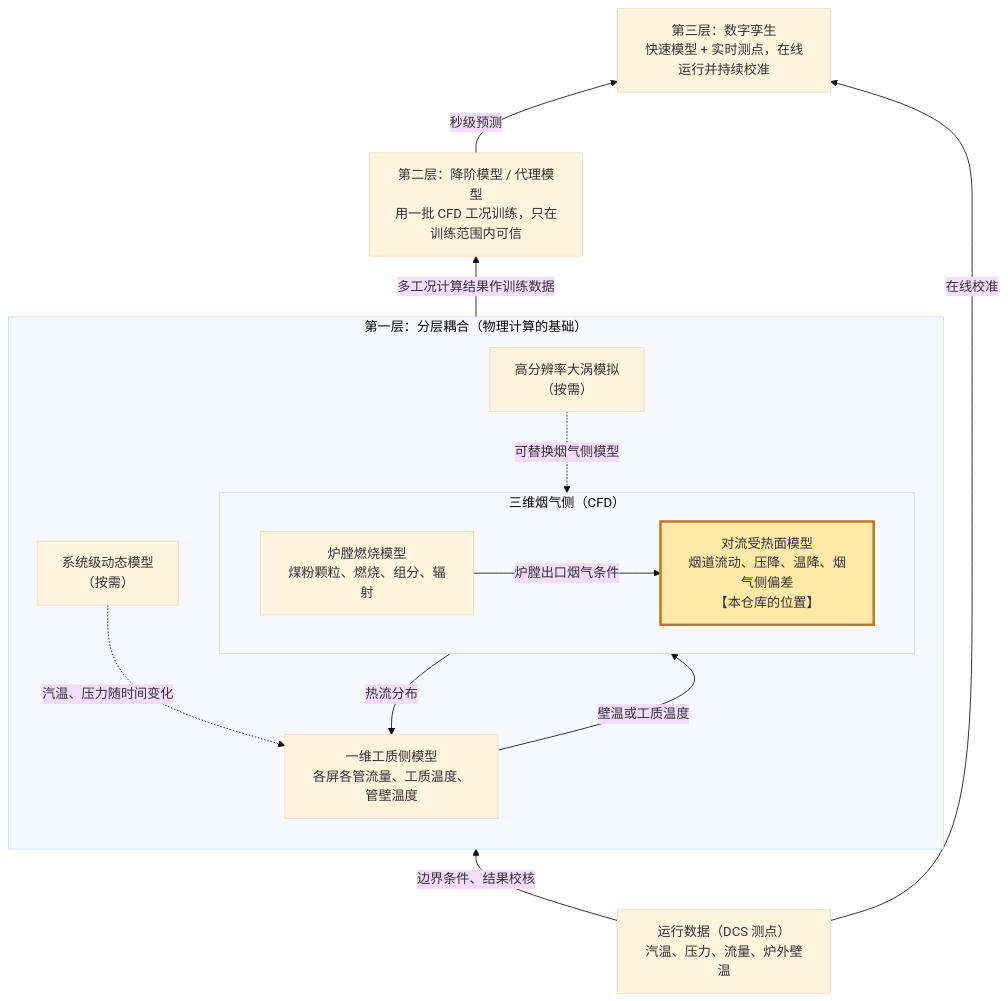
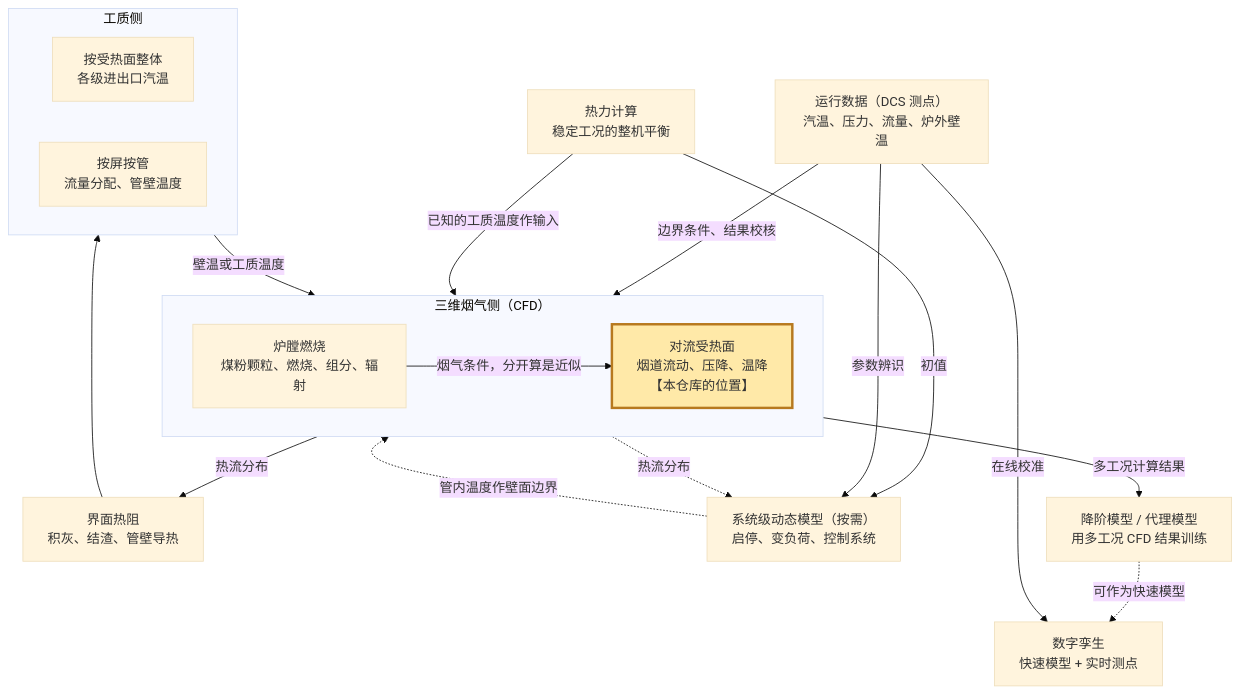
The diagram in docs/仿真架构关系.md (zhangxudun/zxdcfd), drawn with Mermaid (base theme) before and after one commit. The commit also changed other lines of this file and 1 other file, not shown here.

Commit message:
docs: 修订仿真架构关系图，并在工作流程中加链接

````diff
--- a/docs/仿真架构关系.md
+++ b/docs/仿真架构关系.md
@@ -7,26 +7,34 @@
 ```mermaid
-flowchart BT
-    subgraph L1["第一层：分层耦合（物理计算的基础）"]
-        subgraph GAS["三维烟气侧（CFD）"]
-            F["炉膛燃烧模型<br/>煤粉颗粒、燃烧、组分、辐射"]
-            C["对流受热面模型<br/>烟道流动、压降、温降、烟气侧偏差<br/>【本仓库的位置】"]
-            F -->|炉膛出口烟气条件| C
-        end
-        W["一维工质侧模型<br/>各屏各管流量、工质温度、管壁温度"]
-        LES["高分辨率大涡模拟<br/>（按需）"]
-        SYS["系统级动态模型<br/>（按需）"]
-        GAS -->|热流分布| W
-        W -->|壁温或工质温度| GAS
-        LES -.->|可替换烟气侧模型| GAS
-        SYS -.->|汽温、压力随时间变化| W
+flowchart TB
+    D["运行数据（DCS 测点）<br/>汽温、压力、流量、炉外壁温"]
+    TH["热力计算<br/>稳定工况的整机平衡"]
+    subgraph GAS["三维烟气侧（CFD）"]
+        F["炉膛燃烧<br/>煤粉颗粒、燃烧、组分、辐射"]
+        C["对流受热面<br/>烟道流动、压降、温降<br/>【本仓库的位置】"]
+        F -->|烟气条件，分开算是近似| C
     end
-    L2["第二层：降阶模型 / 代理模型<br/>用一批 CFD 工况训练，只在训练范围内可信"]
-    L3["第三层：数字孪生<br/>快速模型 + 实时测点，在线运行并持续校准"]
-    D["运行数据（DCS 测点）<br/>汽温、压力、流量、炉外壁温"]
-    L1 -->|多工况计算结果作训练数据| L2
-    L2 -->|秒级预测| L3
-    D -->|边界条件、结果校核| L1
-    D -->|在线校准| L3
+    R["界面热阻<br/>积灰、结渣、管壁导热"]
+    subgraph WS["工质侧"]
+        W1["按受热面整体<br/>各级进出口汽温"]
+        W2["按屏按管<br/>流量分配、管壁温度"]
+    end
+    SYS["系统级动态模型（按需）<br/>启停、变负荷、控制系统"]
+    SUR["降阶模型 / 代理模型<br/>用多工况 CFD 结果训练"]
+    DT["数字孪生<br/>快速模型 + 实时测点"]
+
+    D -->|边界条件、结果校核| GAS
+    TH -->|已知的工质温度作输入| GAS
+    GAS -->|热流分布| R
+    R --> WS
+    WS -->|壁温或工质温度| GAS
+    TH -->|初值| SYS
+    D -->|参数辨识| SYS
+    GAS -.->|热流分布| SYS
+    SYS -.->|管内温度作壁面边界| GAS
+    GAS -->|多工况计算结果| SUR
+    SUR -.->|可作为快速模型| DT
+    D -->|在线校准| DT
+
     classDef repo fill:#ffe9a8,stroke:#b7791f,stroke-width:3px
     class C repo
 ```
````
